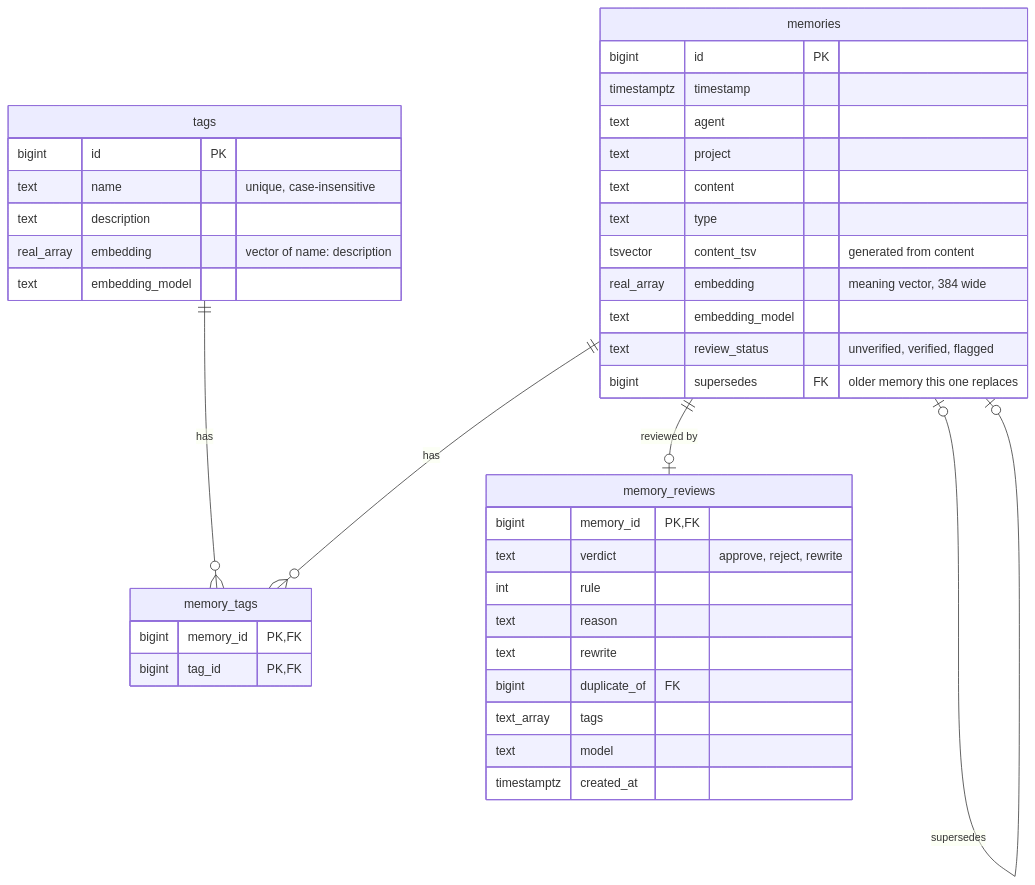
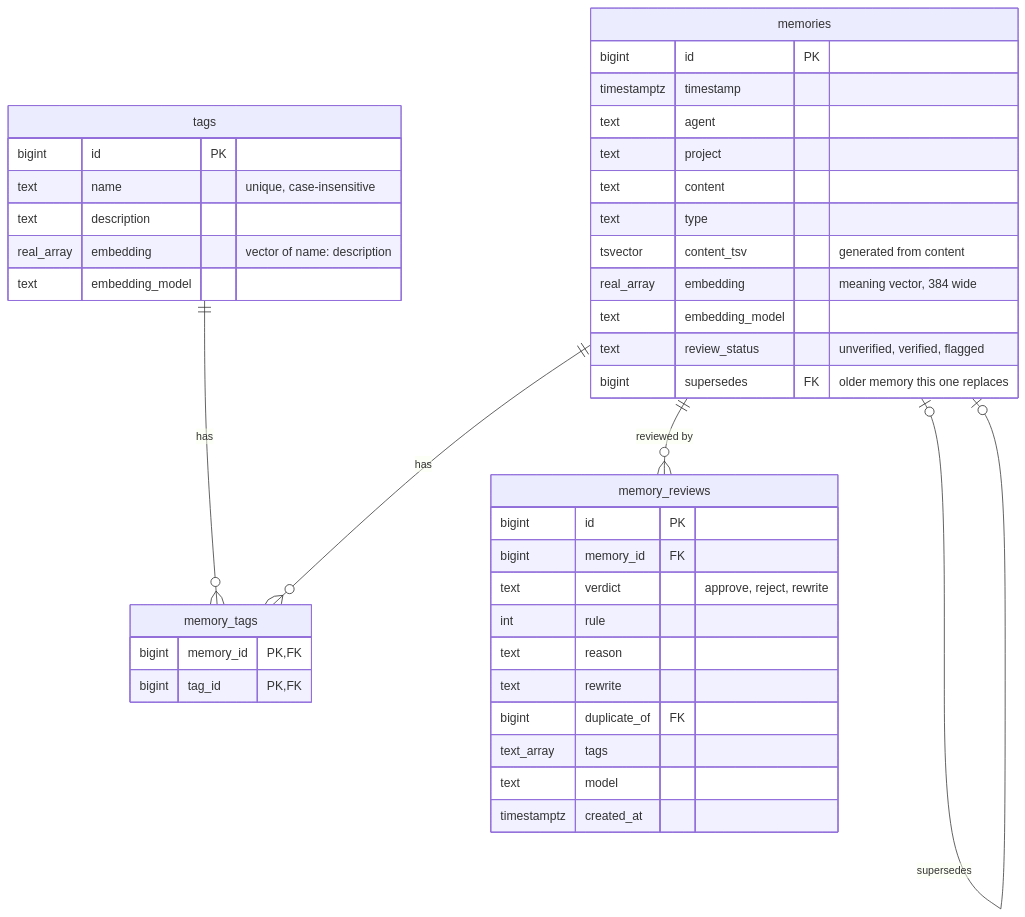
Before and after one commit to kdop/agent-memory: the second of 8 diagrams in ARCHITECTURE.md, drawn with Mermaid. The commit also changed other lines of this file and 12 other files, not shown here.

````diff
--- a/ARCHITECTURE.md
+++ b/ARCHITECTURE.md
@@ -62,43 +62,44 @@
 ```mermaid
 erDiagram
     memories ||--o{ memory_tags : has
     tags ||--o{ memory_tags : has
-    memories ||--o| memory_reviews : "reviewed by"
+    memories ||--o{ memory_reviews : "reviewed by"
     memories o|--o| memories : supersedes
 
     memories {
         bigint id PK
         timestamptz timestamp
         text agent
         text project
         text content
         text type
         tsvector content_tsv "generated from content"
         real_array embedding "meaning vector, 384 wide"
         text embedding_model
         text review_status "unverified, verified, flagged"
         bigint supersedes FK "older memory this one replaces"
     }
     memory_reviews {
-        bigint memory_id PK, FK
+        bigint id PK
+        bigint memory_id FK
         text verdict "approve, reject, rewrite"
         int rule
         text reason
         text rewrite
         bigint duplicate_of FK
         text_array tags
         text model
         timestamptz created_at
     }
     tags {
         bigint id PK
         text name "unique, case-insensitive"
         text description
         real_array embedding "vector of name: description"
         text embedding_model
     }
     memory_tags {
         bigint memory_id PK, FK
         bigint tag_id PK, FK
     }
 ```
````
